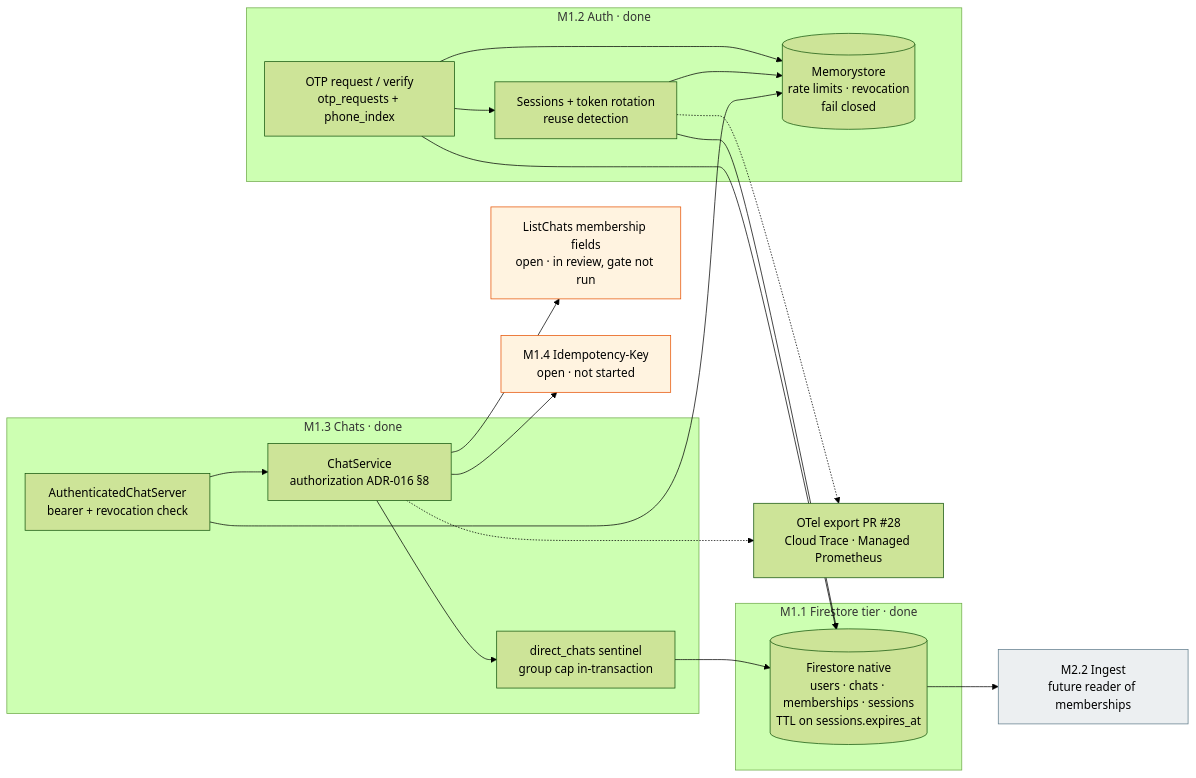
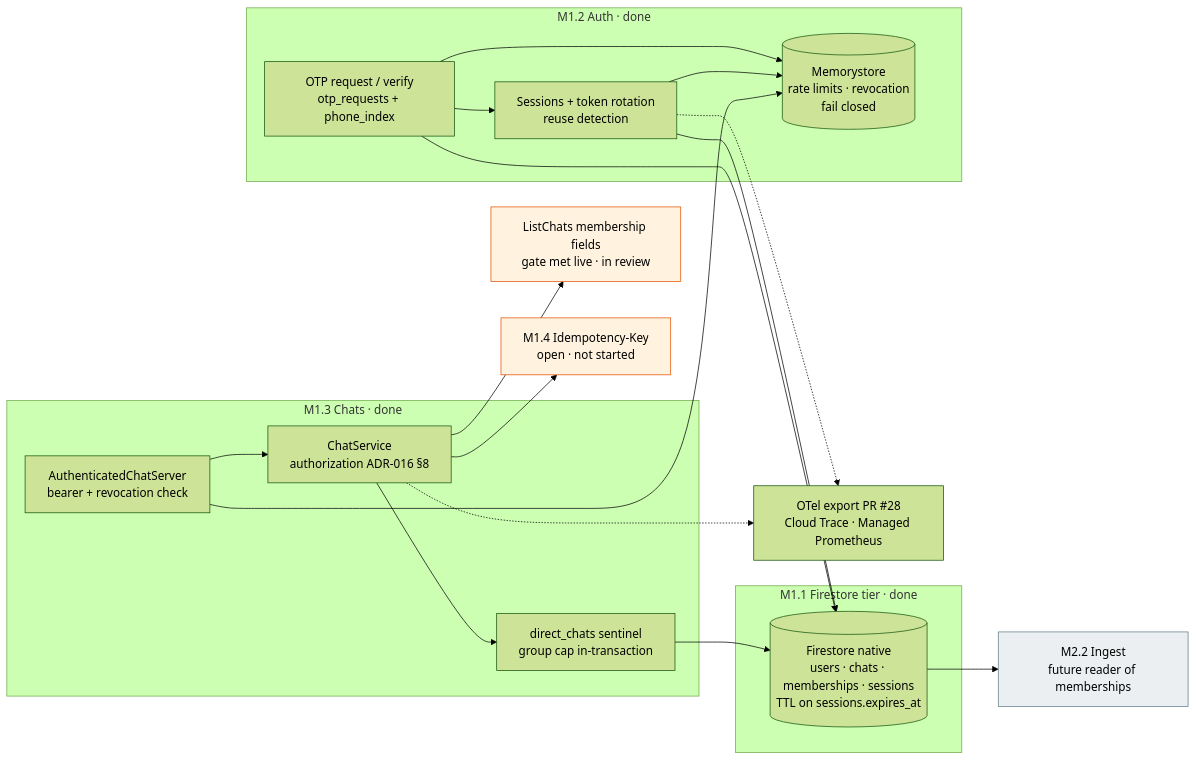
Before and after one commit to ae-lexs/realtime-messaging-platform: the diagram in docs/features/M1-identity-and-membership.md, drawn with Mermaid (forest theme). The commit also changed other lines of this file and 6 other files, not shown here.

````diff
--- a/docs/features/M1-identity-and-membership.md
+++ b/docs/features/M1-identity-and-membership.md
@@ -16,38 +16,38 @@
 ```mermaid
 flowchart LR
     subgraph M11["M1.1 Firestore tier · done"]
         FS[("Firestore native<br/>users · chats · memberships · sessions<br/>TTL on sessions.expires_at")]
     end
     subgraph M12["M1.2 Auth · done"]
         OTP["OTP request / verify<br/>otp_requests + phone_index"]
         SES["Sessions + token rotation<br/>reuse detection"]
         REDIS[("Memorystore<br/>rate limits · revocation<br/>fail closed")]
     end
     subgraph M13["M1.3 Chats · done"]
         AUTHZ["AuthenticatedChatServer<br/>bearer + revocation check"]
         CHAT["ChatService<br/>authorization ADR-016 §8"]
         DC["direct_chats sentinel<br/>group cap in-transaction"]
     end
-    LC["ListChats membership fields<br/>open · in review, gate not run"]
+    LC["ListChats membership fields<br/>gate met live · in review"]
     M14["M1.4 Idempotency-Key<br/>open · not started"]
     M22["M2.2 Ingest<br/>future reader of memberships"]
     OBS["OTel export PR #28<br/>Cloud Trace · Managed Prometheus"]
 
     OTP --> SES
     SES --> FS
     OTP --> FS
     OTP --> REDIS
     SES --> REDIS
     AUTHZ --> REDIS
     AUTHZ --> CHAT
     CHAT --> DC
     DC --> FS
     CHAT --> LC
     CHAT --> M14
     FS --> M22
     CHAT -.-> OBS
     SES -.-> OBS
     style LC fill:#fff3e0,stroke:#e65100
     style M14 fill:#fff3e0,stroke:#e65100
     style M22 fill:#eceff1,stroke:#607d8b
 ```
````
